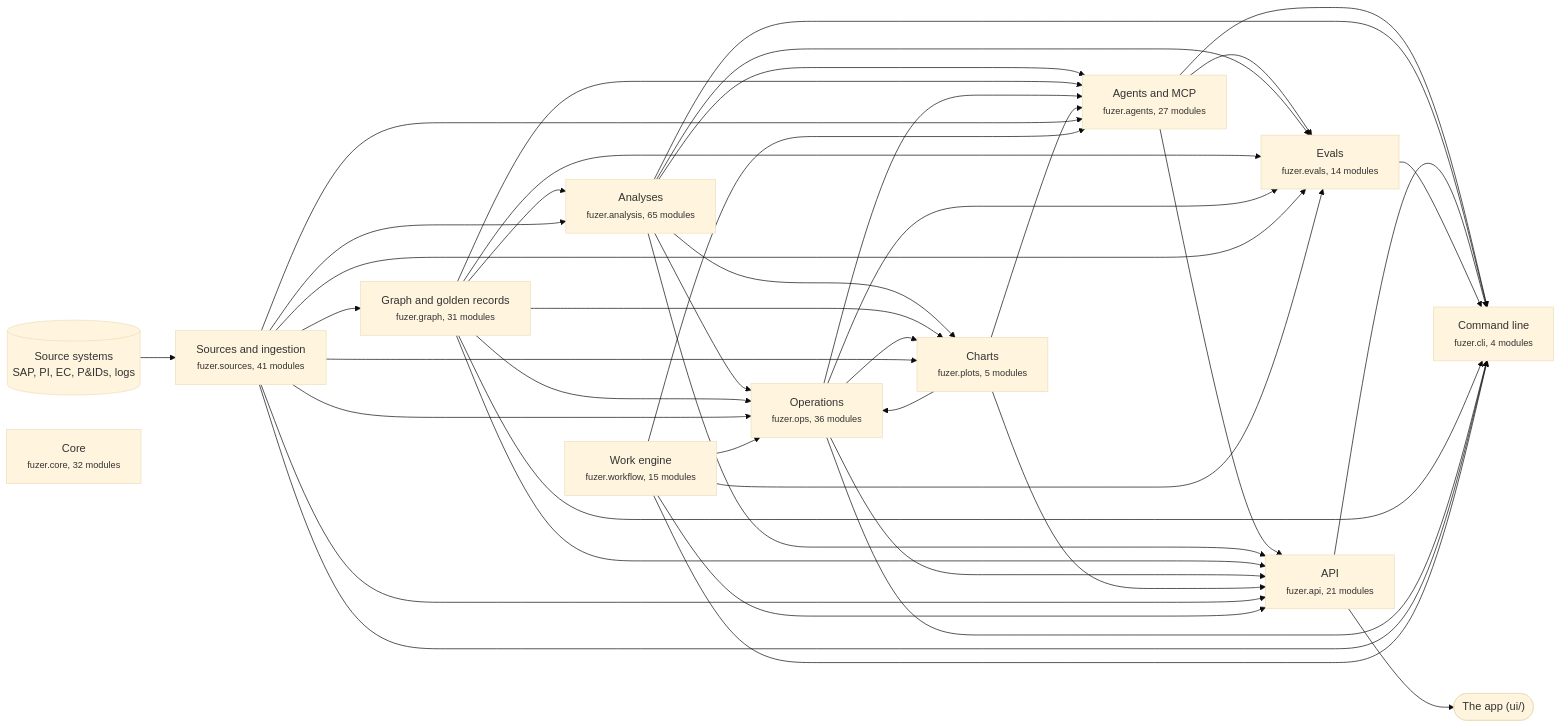
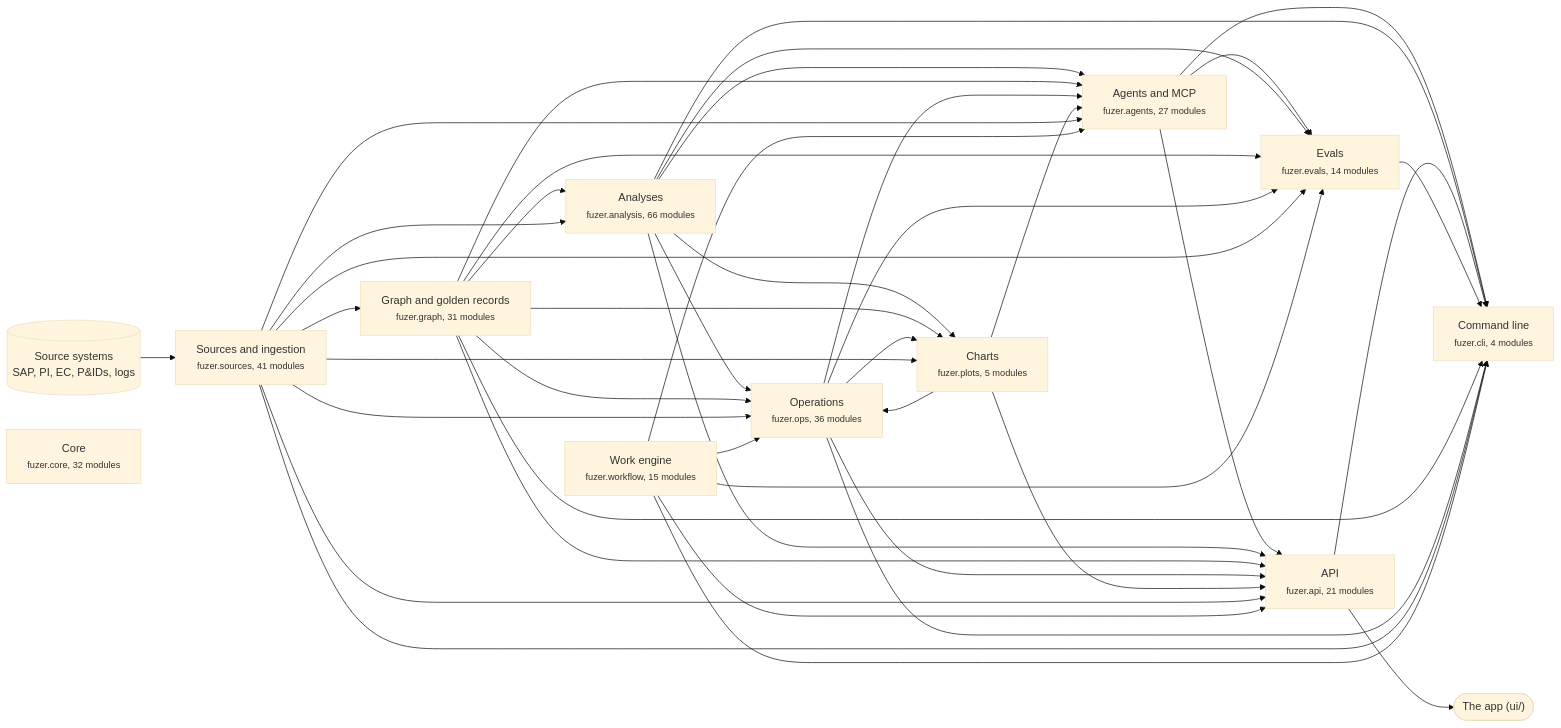
One commit to areed145/fuzer changed the first of 3 diagrams in docs/architecture.md. Above: the diagram before and after it, drawn with Mermaid (base theme). The commit also changed other lines of this file and 14 other files, not shown here.

````diff
--- a/docs/architecture.md
+++ b/docs/architecture.md
@@ -8,67 +8,67 @@
 ```mermaid
 flowchart LR
   systems[("Source systems<br>SAP, PI, EC, P&IDs, logs")] --> c_sources
   app(["The app (ui/)"])
   c_api --> app
   c_sources["Sources and ingestion<br><small>fuzer.sources, 41 modules</small>"]
   c_graph["Graph and golden records<br><small>fuzer.graph, 31 modules</small>"]
-  c_analysis["Analyses<br><small>fuzer.analysis, 65 modules</small>"]
+  c_analysis["Analyses<br><small>fuzer.analysis, 66 modules</small>"]
   c_ops["Operations<br><small>fuzer.ops, 36 modules</small>"]
   c_plots["Charts<br><small>fuzer.plots, 5 modules</small>"]
   c_workflow["Work engine<br><small>fuzer.workflow, 15 modules</small>"]
   c_agents["Agents and MCP<br><small>fuzer.agents, 27 modules</small>"]
   c_evals["Evals<br><small>fuzer.evals, 14 modules</small>"]
   c_api["API<br><small>fuzer.api, 21 modules</small>"]
   c_cli["Command line<br><small>fuzer.cli, 4 modules</small>"]
   c_core["Core<br><small>fuzer.core, 32 modules</small>"]
   c_sources --> c_graph
   c_graph --> c_analysis
   c_sources --> c_analysis
   c_analysis --> c_ops
   c_graph --> c_ops
   c_plots --> c_ops
   c_sources --> c_ops
   c_workflow --> c_ops
   c_analysis --> c_plots
   c_graph --> c_plots
   c_ops --> c_plots
   c_sources --> c_plots
   c_analysis --> c_agents
   c_graph --> c_agents
   c_ops --> c_agents
   c_plots --> c_agents
   c_sources --> c_agents
   c_workflow --> c_agents
   c_agents --> c_evals
   c_analysis --> c_evals
   c_graph --> c_evals
   c_ops --> c_evals
   c_sources --> c_evals
   c_workflow --> c_evals
   c_agents --> c_api
   c_analysis --> c_api
   c_graph --> c_api
   c_ops --> c_api
   c_plots --> c_api
   c_sources --> c_api
   c_workflow --> c_api
   c_agents --> c_cli
   c_analysis --> c_cli
   c_api --> c_cli
   c_evals --> c_cli
   c_graph --> c_cli
   c_ops --> c_cli
   c_sources --> c_cli
   c_workflow --> c_cli
   click c_sources "https://github.com/areed145/fuzer/tree/main/src/fuzer/sources"
   click c_graph "https://github.com/areed145/fuzer/tree/main/src/fuzer/graph"
   click c_analysis "https://github.com/areed145/fuzer/tree/main/src/fuzer/analysis"
   click c_ops "https://github.com/areed145/fuzer/tree/main/src/fuzer/ops"
   click c_plots "https://github.com/areed145/fuzer/tree/main/src/fuzer/plots"
   click c_workflow "https://github.com/areed145/fuzer/tree/main/src/fuzer/workflow"
   click c_agents "https://github.com/areed145/fuzer/tree/main/src/fuzer/agents"
   click c_evals "https://github.com/areed145/fuzer/tree/main/src/fuzer/evals"
   click c_api "https://github.com/areed145/fuzer/tree/main/src/fuzer/api"
   click c_cli "https://github.com/areed145/fuzer/tree/main/src/fuzer/cli"
   click c_core "https://github.com/areed145/fuzer/tree/main/src/fuzer/core"
 ```
````
